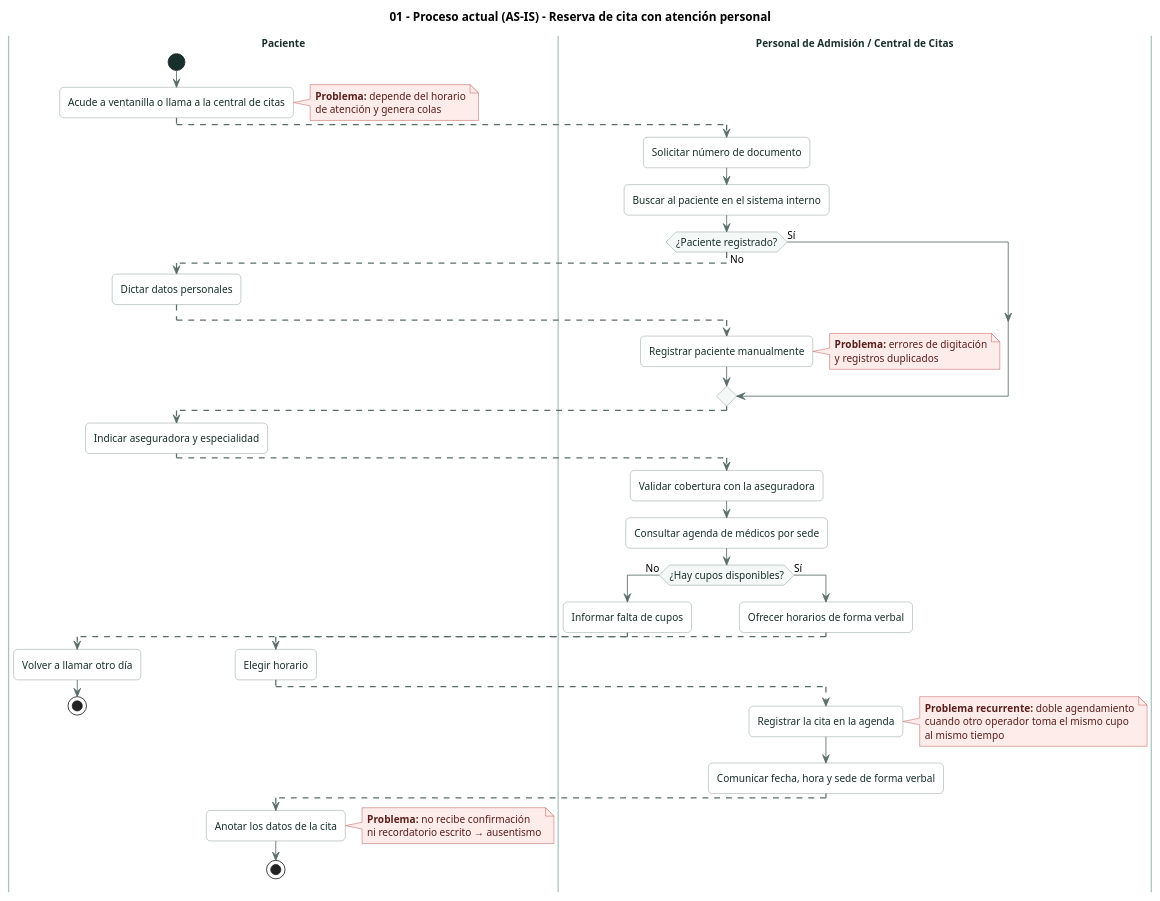
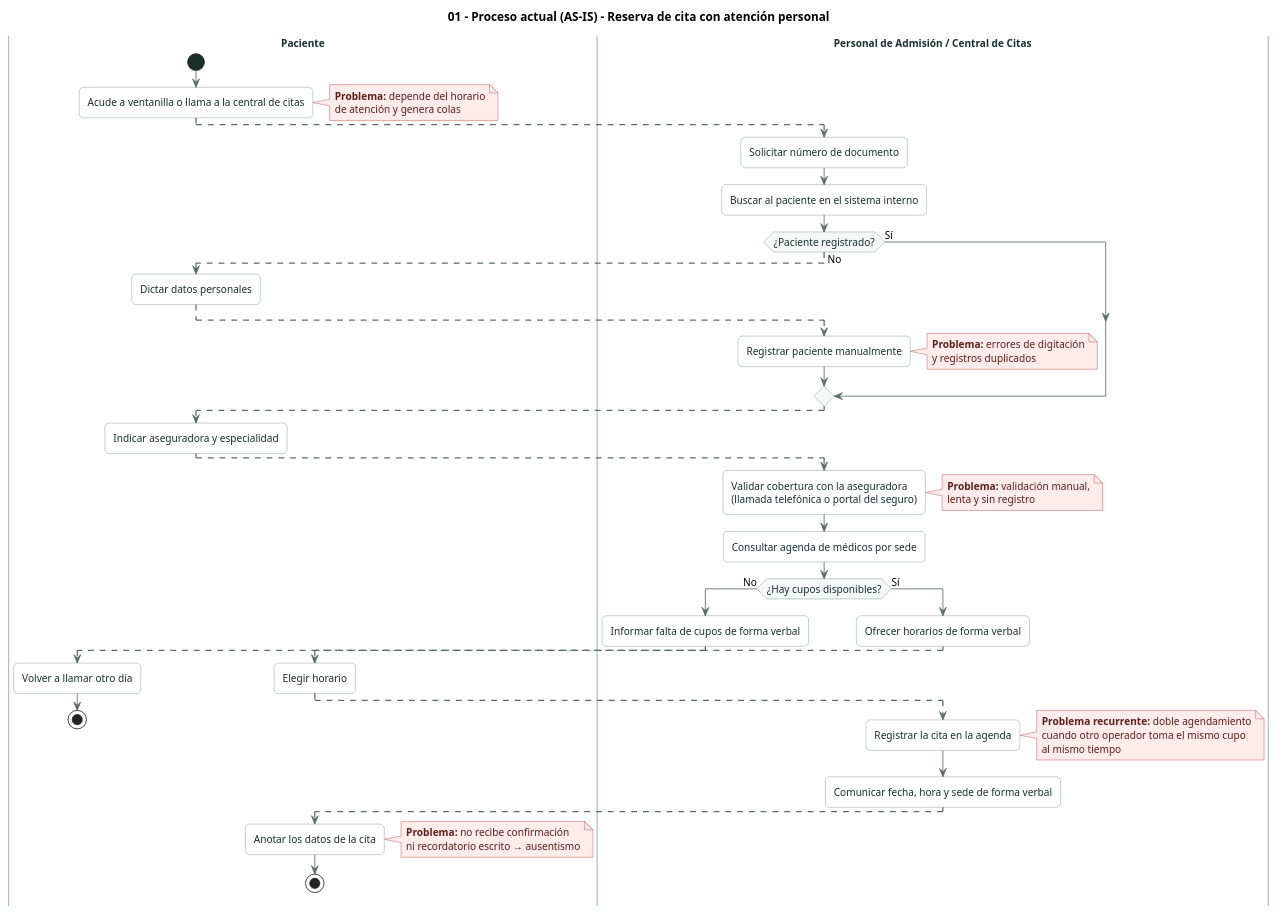
Before and after one commit to Jimena-CC/ProyectoCitasMedicas: the diagram in docs/diagrams/01-process-current.puml, drawn with PlantUML. The commit also changed 6 other files, not shown here.

First line of the commit message:
docs(diagrams): corregir procesos y agregar atención del médico y ventanilla

```diff
--- a/docs/diagrams/01-process-current.puml
+++ b/docs/diagrams/01-process-current.puml
@@ -1,94 +1,99 @@
 @startuml
 title 01 - Proceso actual (AS-IS) - Reserva de cita con atención personal
 
 skinparam shadowing false
 skinparam roundCorner 10
 skinparam defaultFontName "Helvetica"
 skinparam defaultFontSize 12
 skinparam ArrowColor #5A6E69
 skinparam SwimlaneBorderColor #A9C4BD
 skinparam SwimlaneTitleFontColor #17302B
 skinparam SwimlaneTitleFontStyle bold
 skinparam activity {
   BackgroundColor #FFFFFF
   BorderColor #7A8C88
   FontColor #17302B
   DiamondBackgroundColor #F4F8F7
   DiamondBorderColor #7A8C88
   StartColor #17302B
   EndColor #17302B
 }
 skinparam note {
   BackgroundColor #FDECEA
   BorderColor #B4413C
   FontColor #5A1F1C
 }
 
 |Paciente|
 start
 :Acude a ventanilla o llama a la central de citas;
 note right
   <b>Problema:</b> depende del horario
   de atención y genera colas
 end note
 
 |Personal de Admisión / Central de Citas|
 -[dashed]->
 :Solicitar número de documento;
 :Buscar al paciente en el sistema interno;
 
 if (¿Paciente registrado?) then (No)
   |Paciente|
   -[dashed]->
   :Dictar datos personales;
   |Personal de Admisión / Central de Citas|
   -[dashed]->
   :Registrar paciente manualmente;
   note right
     <b>Problema:</b> errores de digitación
     y registros duplicados
   end note
 else (Sí)
 endif
 
 |Paciente|
 -[dashed]->
 :Indicar aseguradora y especialidad;
 
 |Personal de Admisión / Central de Citas|
 -[dashed]->
-:Validar cobertura con la aseguradora;
+:Validar cobertura con la aseguradora
+(llamada telefónica o portal del seguro);
+note right
+  <b>Problema:</b> validación manual,
+  lenta y sin registro
+end note
 :Consultar agenda de médicos por sede;
 
 if (¿Hay cupos disponibles?) then (No)
-  :Informar falta de cupos;
+  :Informar falta de cupos de forma verbal;
   |Paciente|
   -[dashed]->
   :Volver a llamar otro día;
   stop
 else (Sí)
   |Personal de Admisión / Central de Citas|
   :Ofrecer horarios de forma verbal;
   |Paciente|
   -[dashed]->
   :Elegir horario;
   |Personal de Admisión / Central de Citas|
   -[dashed]->
   :Registrar la cita en la agenda;
   note right
     <b>Problema recurrente:</b> doble agendamiento
     cuando otro operador toma el mismo cupo
     al mismo tiempo
   end note
   :Comunicar fecha, hora y sede de forma verbal;
   |Paciente|
   -[dashed]->
   :Anotar los datos de la cita;
   note right
     <b>Problema:</b> no recibe confirmación
     ni recordatorio escrito → ausentismo
   end note
   stop
 endif
 
 @enduml
```
